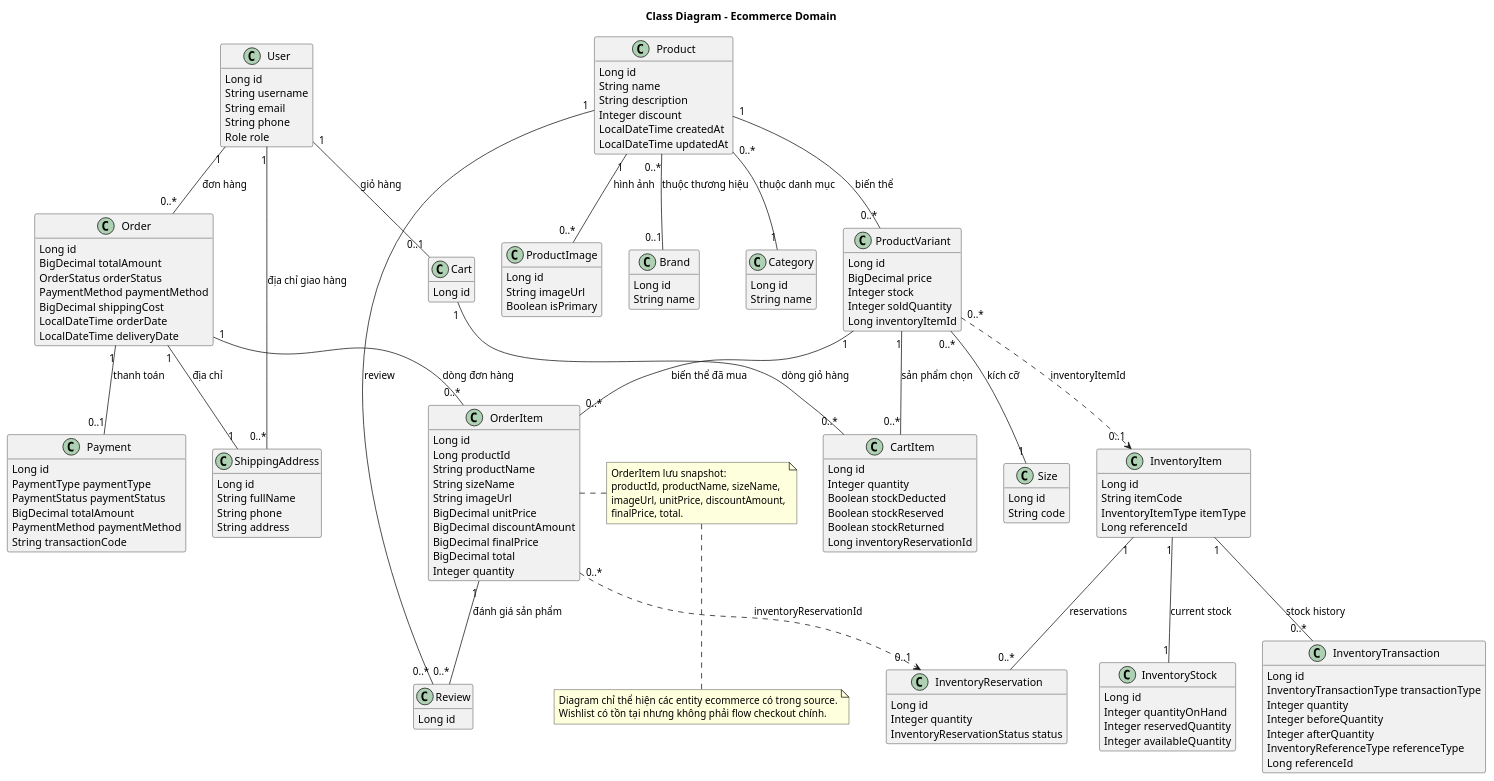
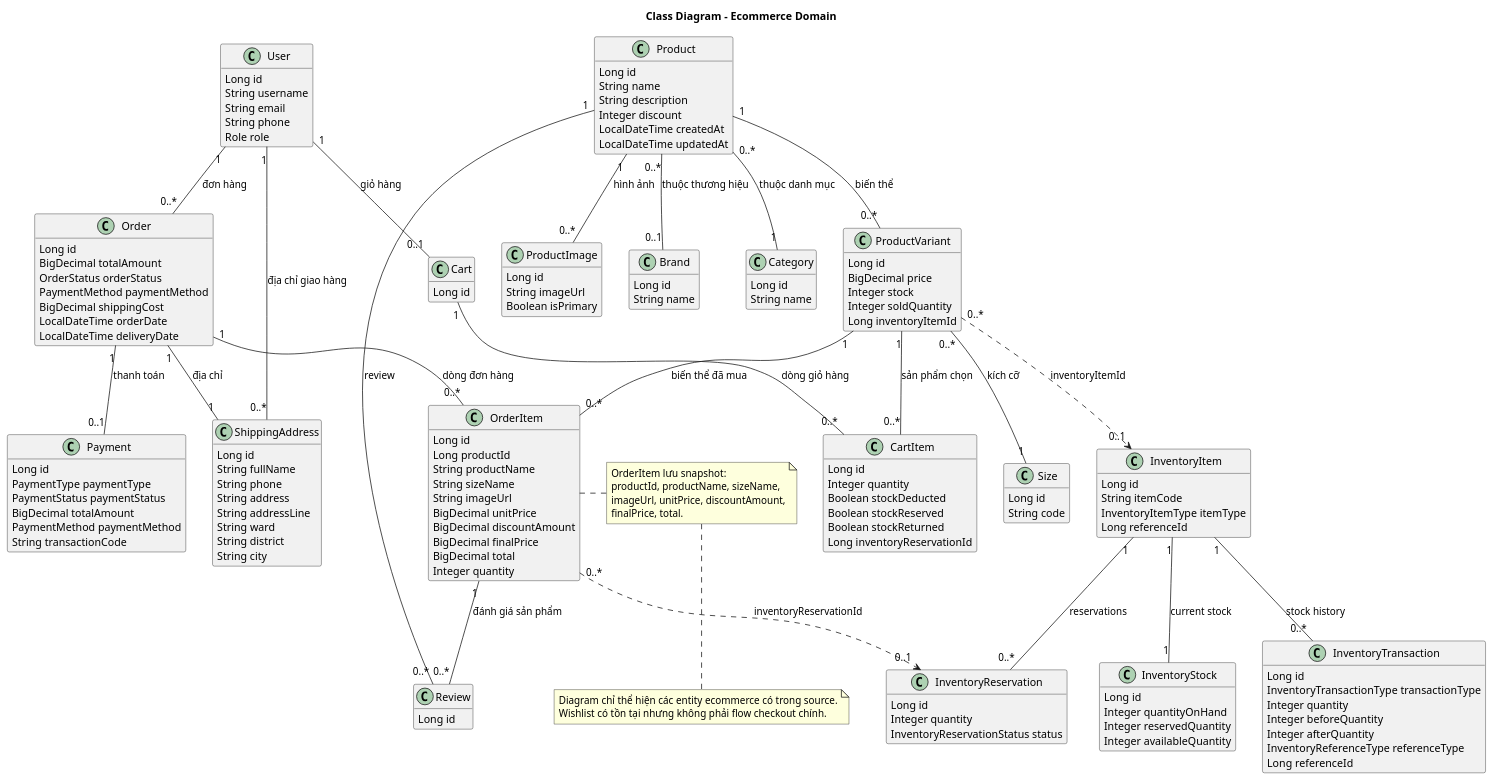
One commit to KyAnhhh/football-booking-system changed the diagram in docs/diagrams/05-class-diagram-ecommerce-domain.puml. Above: the diagram before and after it, drawn with PlantUML. The commit also changed 54 other files, not shown here.

```diff
--- a/docs/diagrams/05-class-diagram-ecommerce-domain.puml
+++ b/docs/diagrams/05-class-diagram-ecommerce-domain.puml
@@ -1,176 +1,180 @@
 @startuml
 title Class Diagram - Ecommerce Domain
 
 skinparam classAttributeIconSize 0
 skinparam shadowing false
 hide methods
 
 class User {
   Long id
   String username
   String email
   String phone
   Role role
 }
 
 class Product {
   Long id
   String name
   String description
   Integer discount
   LocalDateTime createdAt
   LocalDateTime updatedAt
 }
 
 class Brand {
   Long id
   String name
 }
 
 class Category {
   Long id
   String name
 }
 
 class Size {
   Long id
   String code
 }
 
 class ProductVariant {
   Long id
   BigDecimal price
   Integer stock
   Integer soldQuantity
   Long inventoryItemId
 }
 
 class ProductImage {
   Long id
   String imageUrl
   Boolean isPrimary
 }
 
 class Cart {
   Long id
 }
 
 class CartItem {
   Long id
   Integer quantity
   Boolean stockDeducted
   Boolean stockReserved
   Boolean stockReturned
   Long inventoryReservationId
 }
 
 class InventoryItem {
   Long id
   String itemCode
   InventoryItemType itemType
   Long referenceId
 }
 
 class InventoryStock {
   Long id
   Integer quantityOnHand
   Integer reservedQuantity
   Integer availableQuantity
 }
 
 class InventoryTransaction {
   Long id
   InventoryTransactionType transactionType
   Integer quantity
   Integer beforeQuantity
   Integer afterQuantity
   InventoryReferenceType referenceType
   Long referenceId
 }
 
 class InventoryReservation {
   Long id
   Integer quantity
   InventoryReservationStatus status
 }
 
 class ShippingAddress {
   Long id
   String fullName
   String phone
   String address
+  String addressLine
+  String ward
+  String district
+  String city
 }
 
 class Order {
   Long id
   BigDecimal totalAmount
   OrderStatus orderStatus
   PaymentMethod paymentMethod
   BigDecimal shippingCost
   LocalDateTime orderDate
   LocalDateTime deliveryDate
 }
 
 class OrderItem {
   Long id
   Long productId
   String productName
   String sizeName
   String imageUrl
   BigDecimal unitPrice
   BigDecimal discountAmount
   BigDecimal finalPrice
   BigDecimal total
   Integer quantity
 }
 
 class Payment {
   Long id
   PaymentType paymentType
   PaymentStatus paymentStatus
   BigDecimal totalAmount
   PaymentMethod paymentMethod
   String transactionCode
 }
 
 class Review {
   Long id
 }
 
 Product "0..*" -- "1" Category : thuộc danh mục
 Product "0..*" -- "0..1" Brand : thuộc thương hiệu
 Product "1" -- "0..*" ProductVariant : biến thể
 Product "1" -- "0..*" ProductImage : hình ảnh
 ProductVariant "0..*" -- "1" Size : kích cỡ
 
 User "1" -- "0..1" Cart : giỏ hàng
 Cart "1" -- "0..*" CartItem : dòng giỏ hàng
 ProductVariant "1" -- "0..*" CartItem : sản phẩm chọn
 
 User "1" -- "0..*" ShippingAddress : địa chỉ giao hàng
 User "1" -- "0..*" Order : đơn hàng
 Order "1" -- "1" ShippingAddress : địa chỉ
 Order "1" -- "0..*" OrderItem : dòng đơn hàng
 ProductVariant "1" -- "0..*" OrderItem : biến thể đã mua
 Order "1" -- "0..1" Payment : thanh toán
 OrderItem "1" -- "0..*" Review : đánh giá sản phẩm
 Product "1" -- "0..*" Review : review
 ProductVariant "0..*" ..> "0..1" InventoryItem : inventoryItemId
 InventoryItem "1" -- "1" InventoryStock : current stock
 InventoryItem "1" -- "0..*" InventoryTransaction : stock history
 InventoryItem "1" -- "0..*" InventoryReservation : reservations
 OrderItem "0..*" ..> "0..1" InventoryReservation : inventoryReservationId
 
 note right of OrderItem
   OrderItem lưu snapshot:
   productId, productName, sizeName,
   imageUrl, unitPrice, discountAmount,
   finalPrice, total.
 end note
 
 note bottom
   Diagram chỉ thể hiện các entity ecommerce có trong source.
   Wishlist có tồn tại nhưng không phải flow checkout chính.
 end note
 
 @enduml
```
